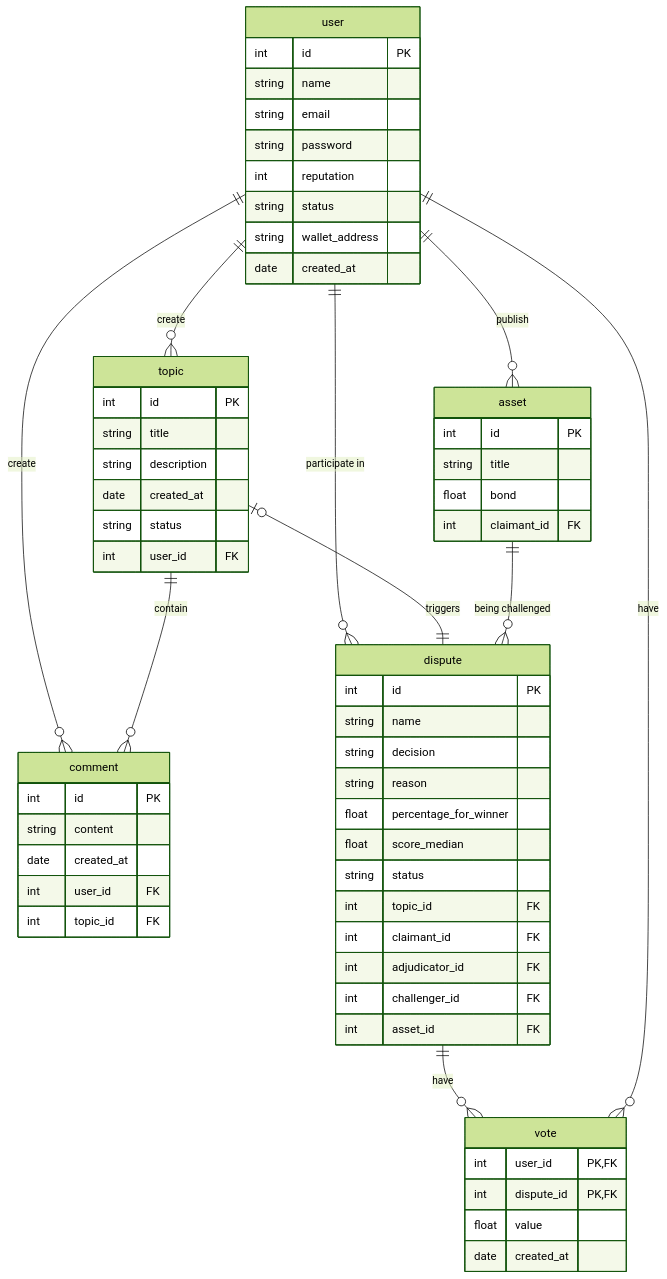
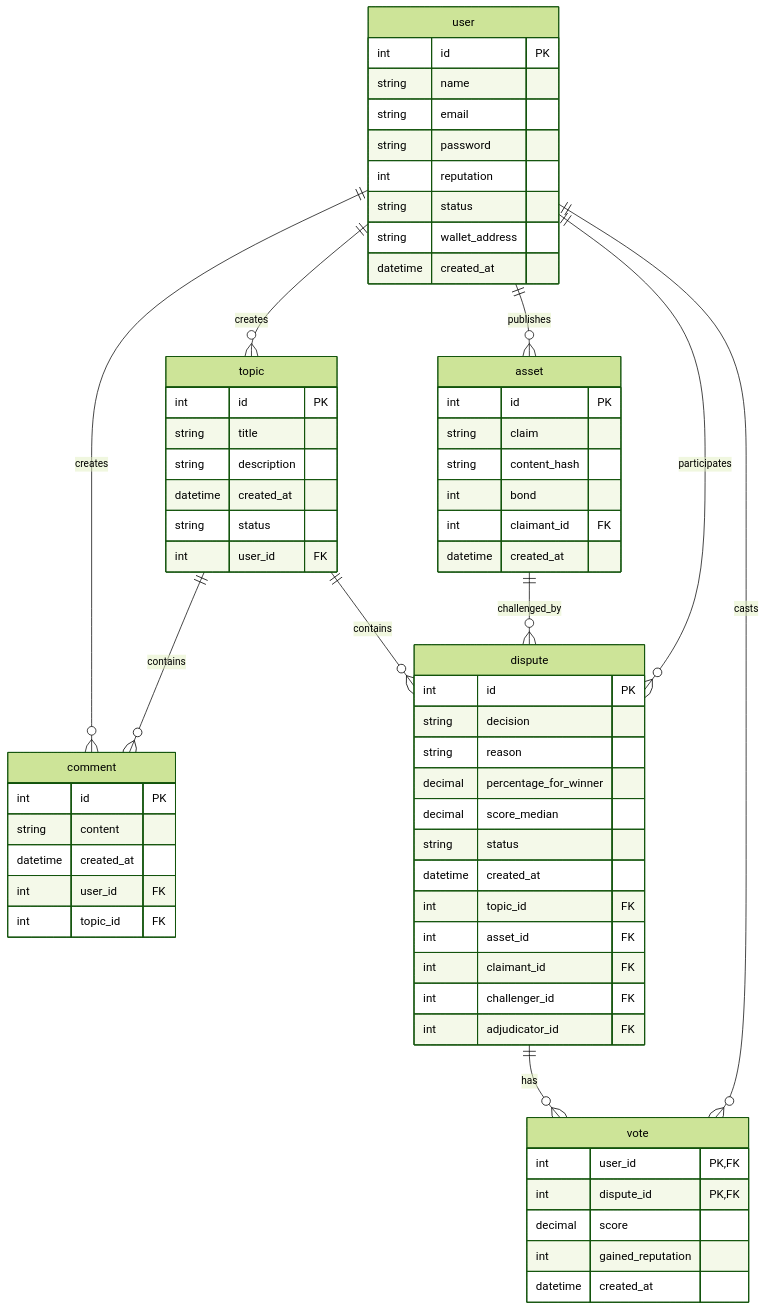
One commit to doyouwantto2/prototype changed the diagram in notes/ERD.md. Above: the diagram before and after it, drawn with Mermaid (forest theme).

Commit message:
update: fix erd

````diff
--- a/notes/ERD.md
+++ b/notes/ERD.md
@@ -1,69 +1,75 @@
 ```mermaid
 erDiagram
-    user ||--o{ topic : create
-    user ||--o{ comment : create
-    topic ||--o{ comment : contain
-    user ||--o{ dispute : "participate in"
-    topic |o--|| dispute : triggers
-    dispute ||--o{ vote : have
-    user ||--o{ vote : have
-    asset ||--o{ dispute : "being challenged"
-    user ||--o{ asset : publish
+    user ||--o{ topic : creates
+    user ||--o{ comment : creates
+    user ||--o{ asset : publishes
+
+    topic ||--o{ comment : contains
+    topic ||--o{ dispute : contains
+
+    asset ||--o{ dispute : challenged_by
+
+    user ||--o{ dispute : participates
+    dispute ||--o{ vote : has
+    user ||--o{ vote : casts
 
     user {
         int id PK
         string name
         string email
         string password
         int reputation
         string status
         string wallet_address
-        date created_at
+        datetime created_at
     }
 
     topic {
         int id PK
         string title
         string description
-        date created_at
+        datetime created_at
         string status
         int user_id FK
     }
 
     comment {
         int id PK
         string content
-        date created_at
+        datetime created_at
         int user_id FK
         int topic_id FK
     }
 
     asset {
         int id PK
-        string title
-        float bond
+        string claim
+        string content_hash
+        int bond
         int claimant_id FK
+        datetime created_at
     }
 
     dispute {
         int id PK
-        string name
         string decision
         string reason
-        float percentage_for_winner
-        float score_median
+        decimal percentage_for_winner
+        decimal score_median
         string status
+        datetime created_at
         int topic_id FK
+        int asset_id FK
         int claimant_id FK
+        int challenger_id FK
         int adjudicator_id FK
-        int challenger_id FK
-        int asset_id FK
     }
 
     vote {
-        int user_id "PK,FK"
-        int dispute_id "PK,FK"
-        float value
-        date created_at
+        int user_id PK,FK
+        int dispute_id PK,FK
+        decimal score
+        int gained_reputation
+        datetime created_at
     }
 ```
````
